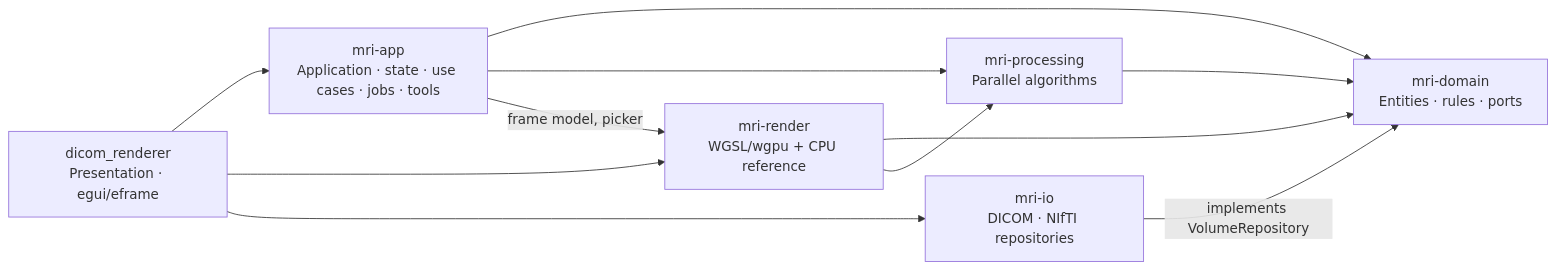
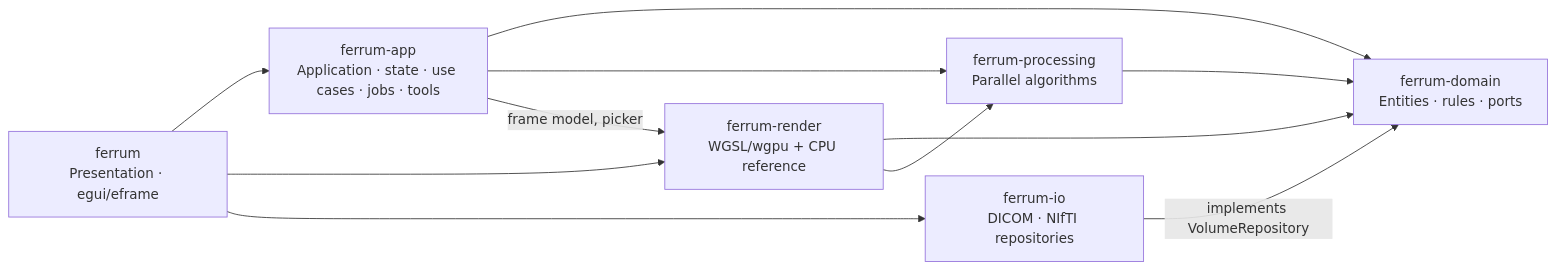
Before and after one commit to Kauter1989/ferrum: the first of 2 diagrams in docs/architecture.md, drawn with Mermaid. The commit also changed other lines of this file and 134 other files, not shown here.

````diff
--- a/docs/architecture.md
+++ b/docs/architecture.md
@@ -11,20 +11,20 @@
 ```mermaid
 flowchart LR
-    V["dicom_renderer<br/>Presentation · egui/eframe"]
-    A["mri-app<br/>Application · state · use cases · jobs · tools"]
-    D["mri-domain<br/>Entities · rules · ports"]
-    P["mri-processing<br/>Parallel algorithms"]
-    R["mri-render<br/>WGSL/wgpu + CPU reference"]
-    IO["mri-io<br/>DICOM · NIfTI repositories"]
+    V["ferrum<br/>Presentation · egui/eframe"]
+    A["ferrum-app<br/>Application · state · use cases · jobs · tools"]
+    D["ferrum-domain<br/>Entities · rules · ports"]
+    P["ferrum-processing<br/>Parallel algorithms"]
+    R["ferrum-render<br/>WGSL/wgpu + CPU reference"]
+    IO["ferrum-io<br/>DICOM · NIfTI repositories"]
 
     V --> A
     V --> R
     V --> IO
     A --> D
     A --> P
     A -->|"frame model, picker"| R
     R --> D
     R --> P
     P --> D
     IO -->|"implements VolumeRepository"| D
 ```
````
